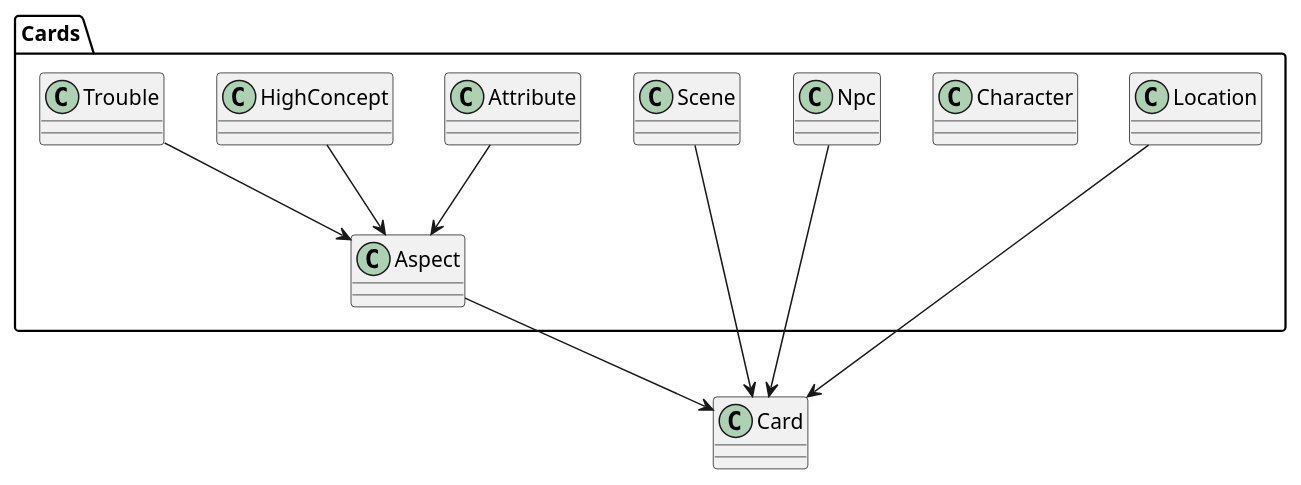
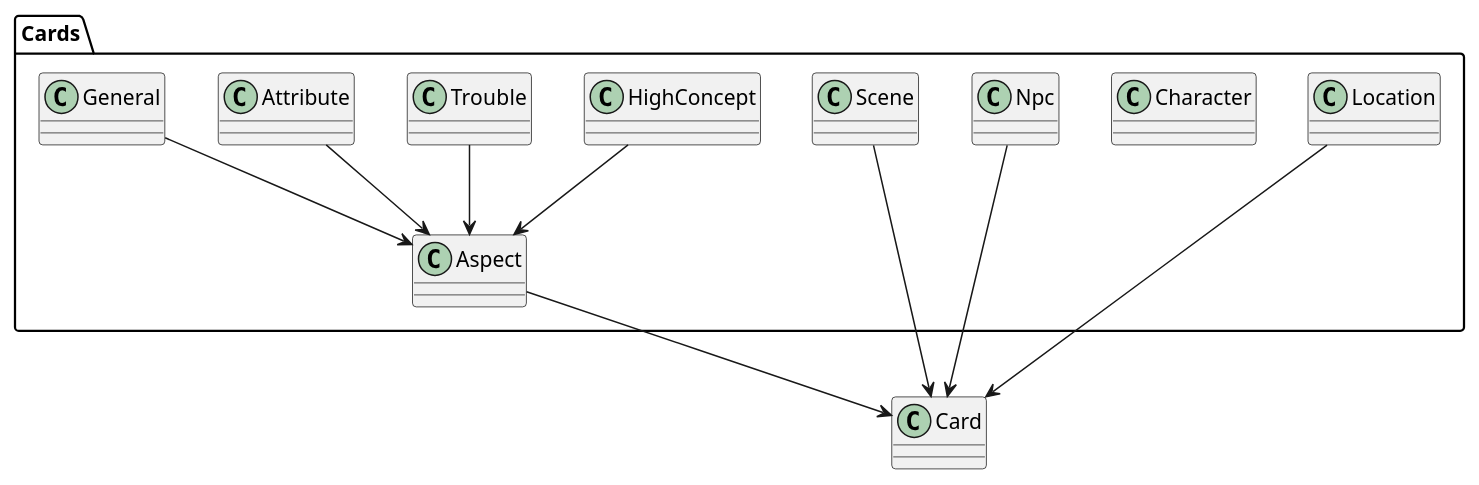
The diagram in docs/uml/classes.iuml (wbellman/FateChaos), drawn with PlantUML before and after one commit. The commit also changed 1 other file, not shown here.

```diff
--- a/docs/uml/classes.iuml
+++ b/docs/uml/classes.iuml
@@ -1,43 +1,44 @@
 @startuml "Card - Classes" 
 
     class Card {
     }
 
     package Cards {
 
         class Scene {
         }
 
         class Character {
         }
 
         class Npc {
         }
 
         class Aspect {
         }
 
         class HighConcept {
         }
 
         class Trouble {
         }
 
         class Attribute {
         }
 
-        class Location {
+        class General {
         }
+
 
         Scene --> Card
         Npc --> Card
         Aspect --> Card
         Location --> Card
 
         HighConcept --> Aspect
         Trouble --> Aspect
         Attribute --> Aspect
-        
+        General --> Aspect
 
     }
 @enduml
```
